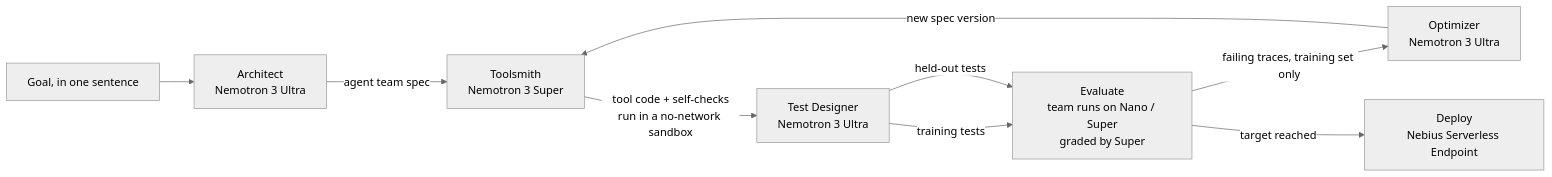
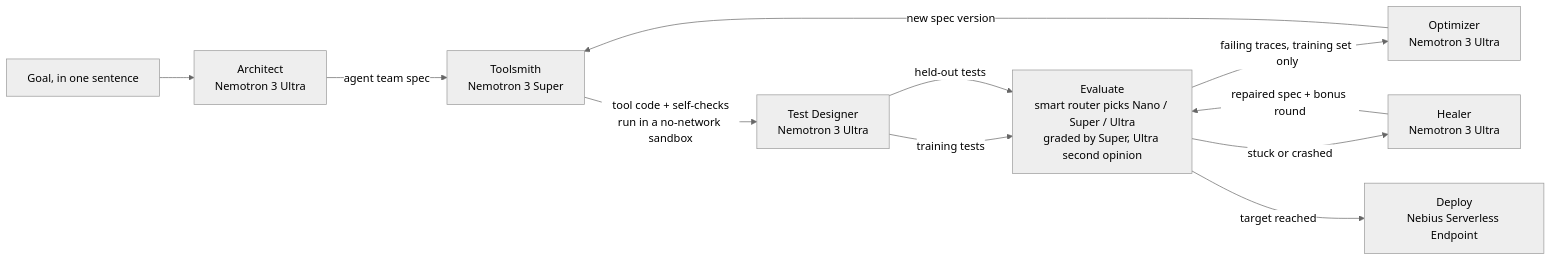
The diagram in README.md (praveendataguy/Nemoforge), drawn with Mermaid (neutral theme) before and after one commit. The commit also changed other lines of this file and 1 other file, not shown here.

````diff
--- a/README.md
+++ b/README.md
@@ -17,11 +45,13 @@
 ```mermaid
 flowchart LR
     G["Goal, in one sentence"] --> A["Architect<br/>Nemotron 3 Ultra"]
     A -->|agent team spec| T["Toolsmith<br/>Nemotron 3 Super"]
     T -->|tool code + self-checks<br/>run in a no-network sandbox| D["Test Designer<br/>Nemotron 3 Ultra"]
-    D -->|training tests| E["Evaluate<br/>team runs on Nano / Super<br/>graded by Super"]
+    D -->|training tests| E["Evaluate<br/>smart router picks Nano / Super / Ultra<br/>graded by Super, Ultra second opinion"]
     D -->|held-out tests| E
     E -->|failing traces, training set only| O["Optimizer<br/>Nemotron 3 Ultra"]
     O -->|new spec version| T
+    E -->|stuck or crashed| H["Healer<br/>Nemotron 3 Ultra"]
+    H -->|repaired spec + bonus round| E
     E -->|target reached| S["Deploy<br/>Nebius Serverless Endpoint"]
 ```
````
